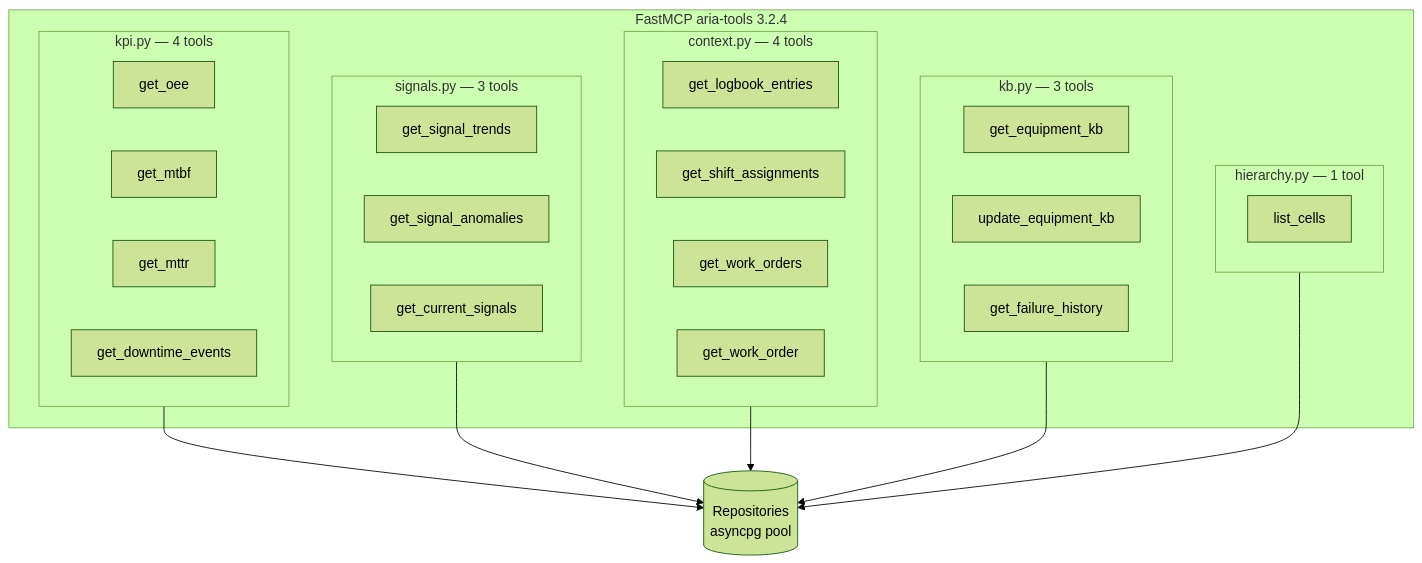
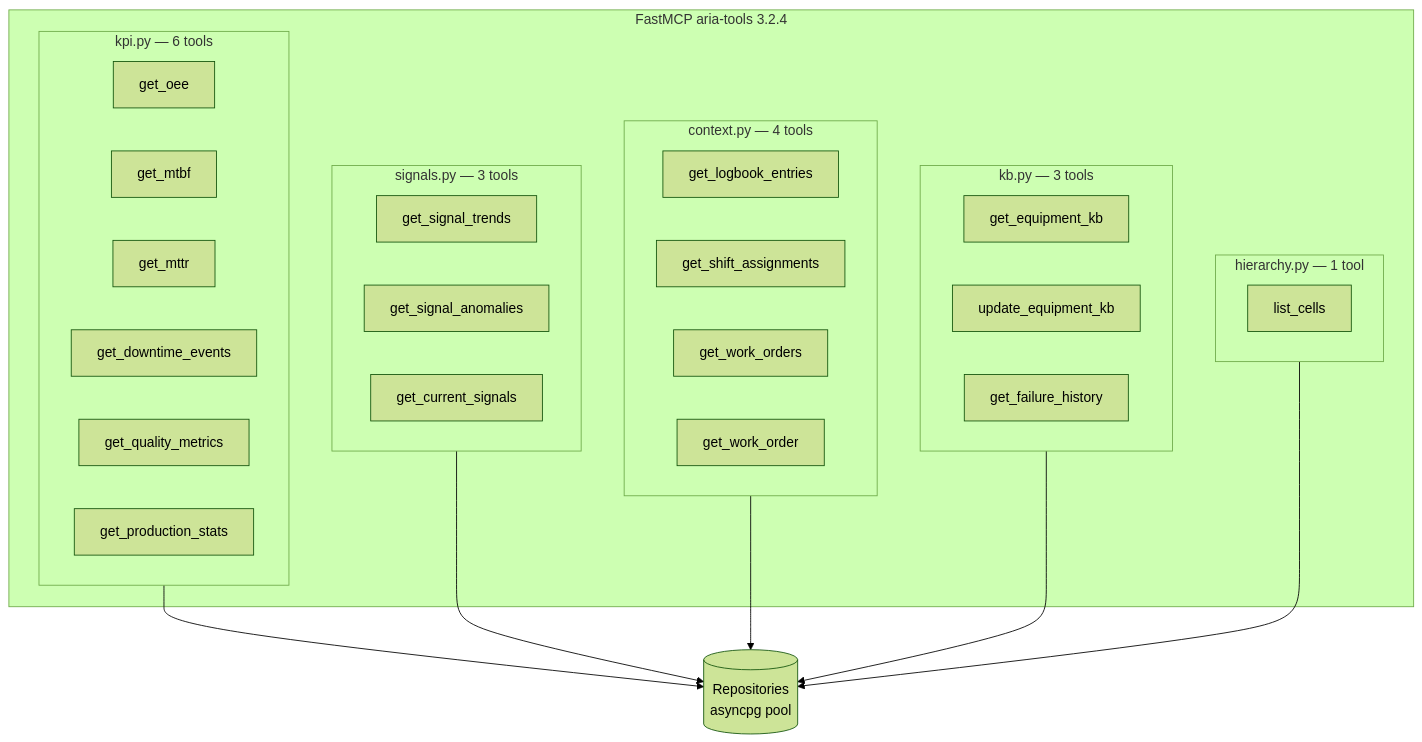
The first of 2 diagrams in docs/architecture/02-mcp-server.md (zestones/Aria), drawn with Mermaid (forest theme) before and after one commit. The commit also changed other lines of this file and 16 other files, not shown here.

````diff
--- a/docs/architecture/02-mcp-server.md
+++ b/docs/architecture/02-mcp-server.md
@@ -18,36 +18,38 @@
 ```mermaid
 flowchart TB
     subgraph FastMCP["FastMCP aria-tools 3.2.4"]
-        subgraph KPI["kpi.py — 4 tools"]
+        subgraph KPI["kpi.py — 6 tools"]
             get_oee
             get_mtbf
             get_mttr
             get_downtime["get_downtime_events"]
+            get_quality["get_quality_metrics"]
+            get_prod["get_production_stats"]
         end
         subgraph Signals["signals.py — 3 tools"]
             get_trends["get_signal_trends"]
             get_anom["get_signal_anomalies"]
             get_curr["get_current_signals"]
         end
         subgraph Context["context.py — 4 tools"]
             get_log["get_logbook_entries"]
             get_shift["get_shift_assignments"]
             get_wos["get_work_orders"]
             get_wo["get_work_order"]
         end
         subgraph KB["kb.py — 3 tools"]
             get_kb["get_equipment_kb"]
             upd_kb["update_equipment_kb"]
             get_fh["get_failure_history"]
         end
         subgraph Hier["hierarchy.py — 1 tool"]
             list_cells
         end
     end
     Repos[("Repositories<br/>asyncpg pool")]
     KPI --> Repos
     Signals --> Repos
     Context --> Repos
     KB --> Repos
     Hier --> Repos
 ```
````
